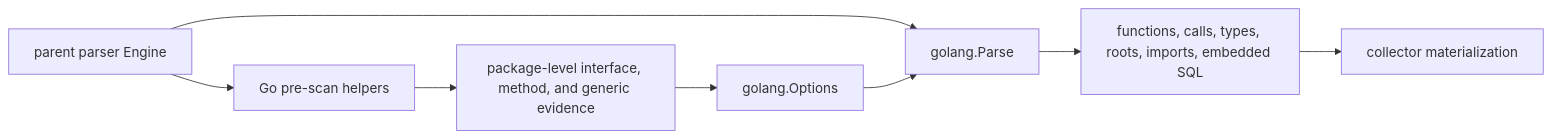
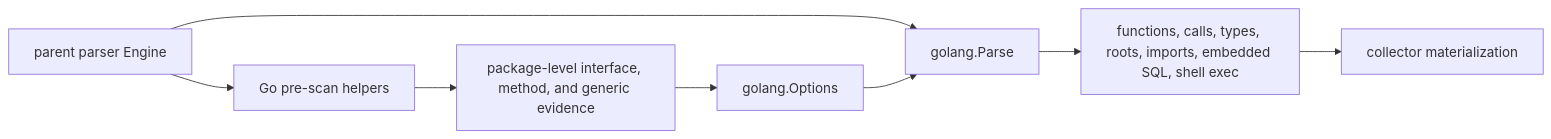
Before and after one commit to eshu-hq/eshu: the diagram in go/internal/parser/golang/README.md, drawn with Mermaid. The commit also changed other lines of this file and 50 other files, not shown here.

Commit message:
Materialize shell exec sink graph facts

````diff
--- a/go/internal/parser/golang/README.md
+++ b/go/internal/parser/golang/README.md
@@ -12,18 +12,18 @@
 ```mermaid
 flowchart LR
     Engine["parent parser Engine"]
     PreScan["Go pre-scan helpers"]
     PackageEvidence["package-level interface, method, and generic evidence"]
     Options["golang.Options"]
     Parse["golang.Parse"]
-    Payload["functions, calls, types, roots, imports, embedded SQL"]
+    Payload["functions, calls, types, roots, imports, embedded SQL, shell exec"]
     Collector["collector materialization"]
 
     Engine --> PreScan
     PreScan --> PackageEvidence
     PackageEvidence --> Options
     Engine --> Parse
     Options --> Parse
     Parse --> Payload
     Payload --> Collector
 ```
````
